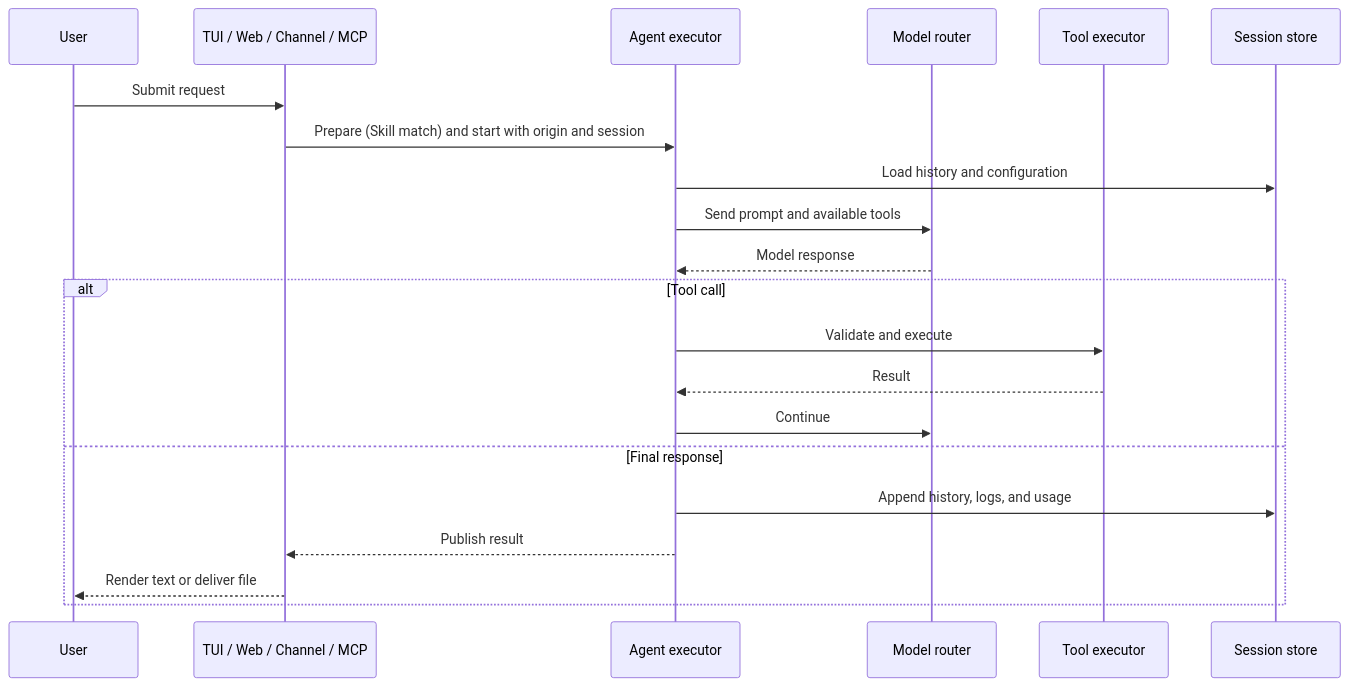
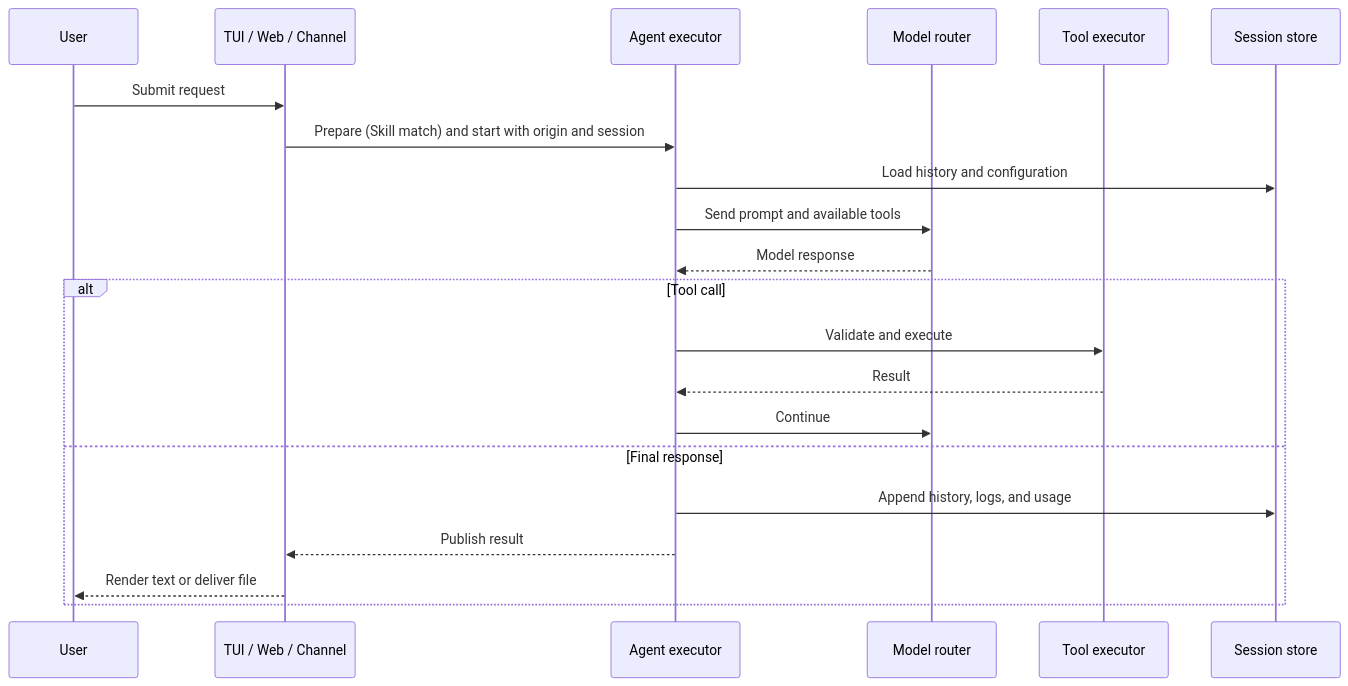
One commit to agenvoy/Agenvoy changed the eighth of 9 diagrams in doc/architecture.md. Above: the diagram before and after it, drawn with Mermaid. The commit also changed other lines of this file and 3 other files, not shown here.

Commit message:
doc: Update architecture and runtime documentation

````diff
--- a/doc/architecture.md
+++ b/doc/architecture.md
@@ -147,24 +152,24 @@
 ```mermaid
 sequenceDiagram
     participant User
-    participant Entry as TUI / Web / Channel / MCP
+    participant Entry as TUI / Web / Channel
     participant Exec as Agent executor
     participant Router as Model router
     participant Tools as Tool executor
     participant Store as Session store
 
     User->>Entry: Submit request
     Entry->>Exec: Prepare (Skill match) and start with origin and session
     Exec->>Store: Load history and configuration
     Exec->>Router: Send prompt and available tools
     Router-->>Exec: Model response
     alt Tool call
         Exec->>Tools: Validate and execute
         Tools-->>Exec: Result
         Exec->>Router: Continue
     else Final response
         Exec->>Store: Append history, logs, and usage
         Exec-->>Entry: Publish result
         Entry-->>User: Render text or deliver file
     end
 ```
````
